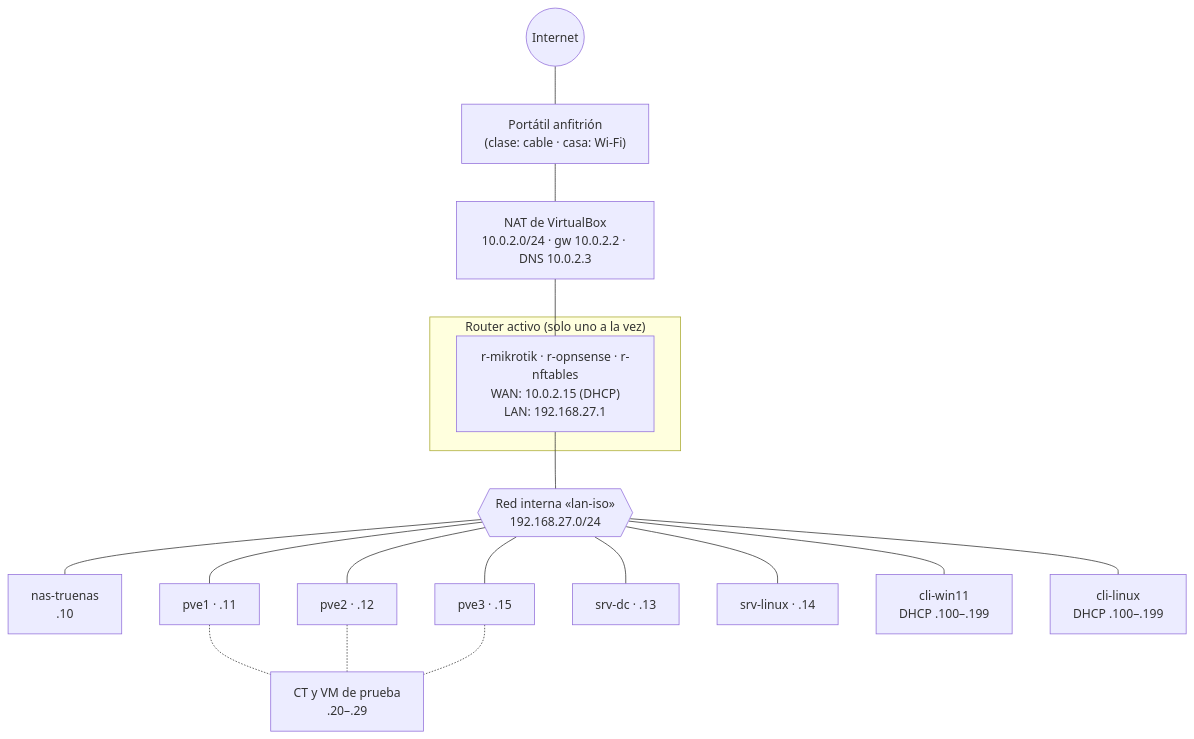
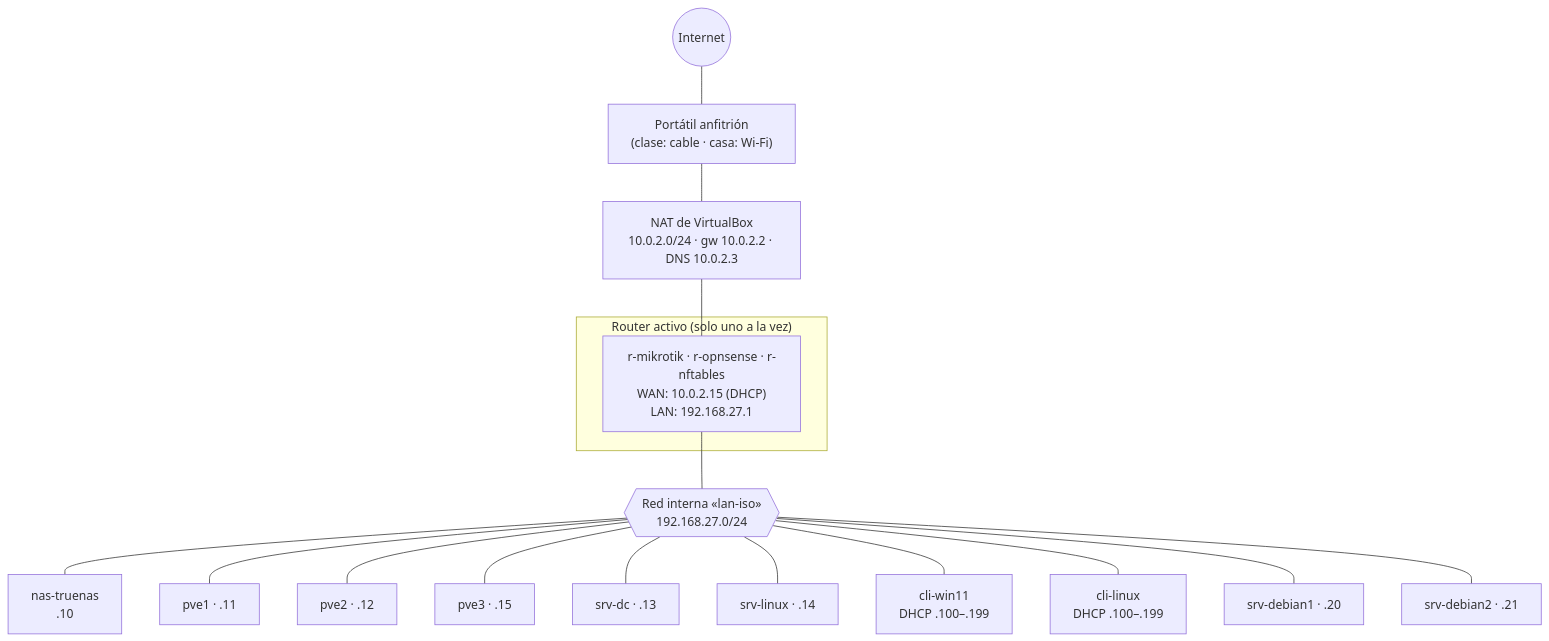
The diagram in docs/04-red.md (varo010/asix-individual-ISO), drawn with Mermaid before and after one commit. The commit also changed other lines of this file and 5 other files, not shown here.

Commit message:
T5: el contenedor y la VM de Proxmox pasan a ser VM independientes (srv-debian1 y srv-debian2)

````diff
--- a/docs/04-red.md
+++ b/docs/04-red.md
@@ -16,27 +16,26 @@
 ```mermaid
 flowchart TB
     INET((Internet))
     HOST["Portátil anfitrión<br/>(clase: cable · casa: Wi-Fi)"]
     NAT["NAT de VirtualBox<br/>10.0.2.0/24 · gw 10.0.2.2 · DNS 10.0.2.3"]
     INET --- HOST --- NAT
 
     subgraph ROUTER["Router activo (solo uno a la vez)"]
         R["r-mikrotik · r-opnsense · r-nftables<br/>WAN: 10.0.2.15 (DHCP)<br/>LAN: 192.168.27.1"]
     end
     NAT --- R
 
     LAN{{"Red interna «lan-iso»<br/>192.168.27.0/24"}}
     R --- LAN
 
     LAN --- NAS["nas-truenas<br/>.10"]
     LAN --- P1["pve1 · .11"]
     LAN --- P2["pve2 · .12"]
     LAN --- P3["pve3 · .15"]
     LAN --- DC["srv-dc · .13"]
     LAN --- SL["srv-linux · .14"]
     LAN --- W["cli-win11<br/>DHCP .100–.199"]
     LAN --- U["cli-linux<br/>DHCP .100–.199"]
-    P1 -.- G["CT y VM de prueba<br/>.20–.29"]
-    P2 -.- G
-    P3 -.- G
+    LAN --- D1["srv-debian1 · .20"]
+    LAN --- D2["srv-debian2 · .21"]
 ```
````
